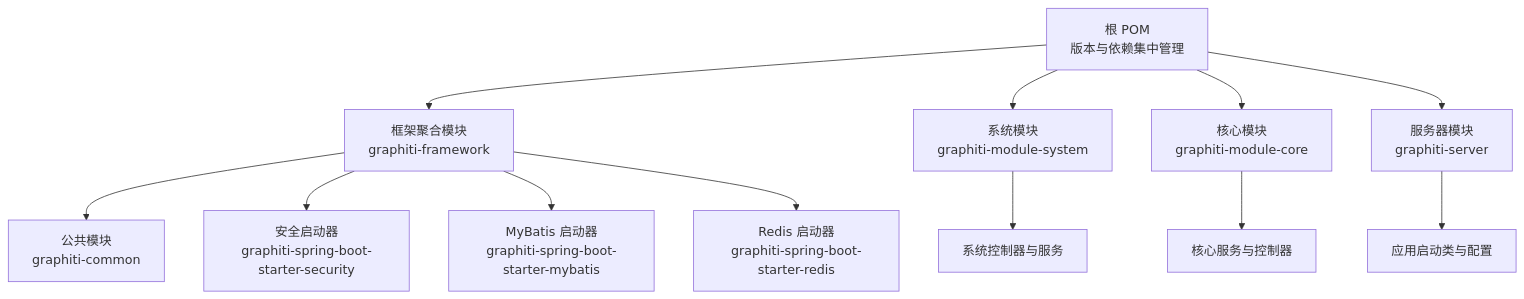
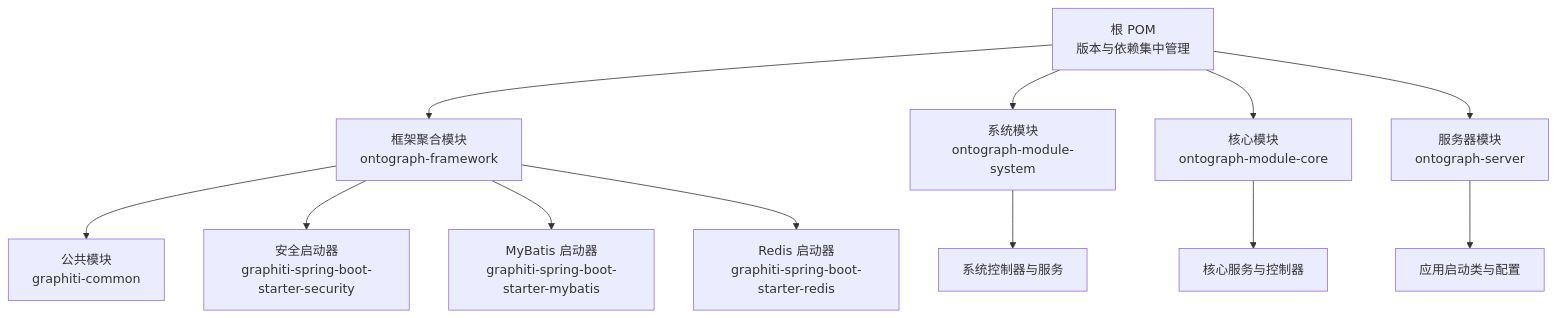
Before and after one commit to joezxh/graphiti-java: the first of 7 diagrams in docs/manual/架构设计/模块化设计/模块依赖关系.md, drawn with Mermaid. The commit also changed other lines of this file and 200 other files, not shown here.

````diff
--- a/docs/manual/架构设计/模块化设计/模块依赖关系.md
+++ b/docs/manual/架构设计/模块化设计/模块依赖关系.md
@@ -47,14 +47,14 @@
 ```mermaid
 graph TB
-root["根 POM<br/>版本与依赖集中管理"] --> fw["框架聚合模块<br/>graphiti-framework"]
-root --> sys["系统模块<br/>graphiti-module-system"]
-root --> core["核心模块<br/>graphiti-module-core"]
-root --> srv["服务器模块<br/>graphiti-server"]
+root["根 POM<br/>版本与依赖集中管理"] --> fw["框架聚合模块<br/>ontograph-framework"]
+root --> sys["系统模块<br/>ontograph-module-system"]
+root --> core["核心模块<br/>ontograph-module-core"]
+root --> srv["服务器模块<br/>ontograph-server"]
 fw --> fw_common["公共模块<br/>graphiti-common"]
 fw --> fw_sec["安全启动器<br/>graphiti-spring-boot-starter-security"]
 fw --> fw_myb["MyBatis 启动器<br/>graphiti-spring-boot-starter-mybatis"]
 fw --> fw_redis["Redis 启动器<br/>graphiti-spring-boot-starter-redis"]
 sys --> sys_api["系统控制器与服务"]
 core --> core_svc["核心服务与控制器"]
 srv --> app["应用启动类与配置"]
 ```
````
